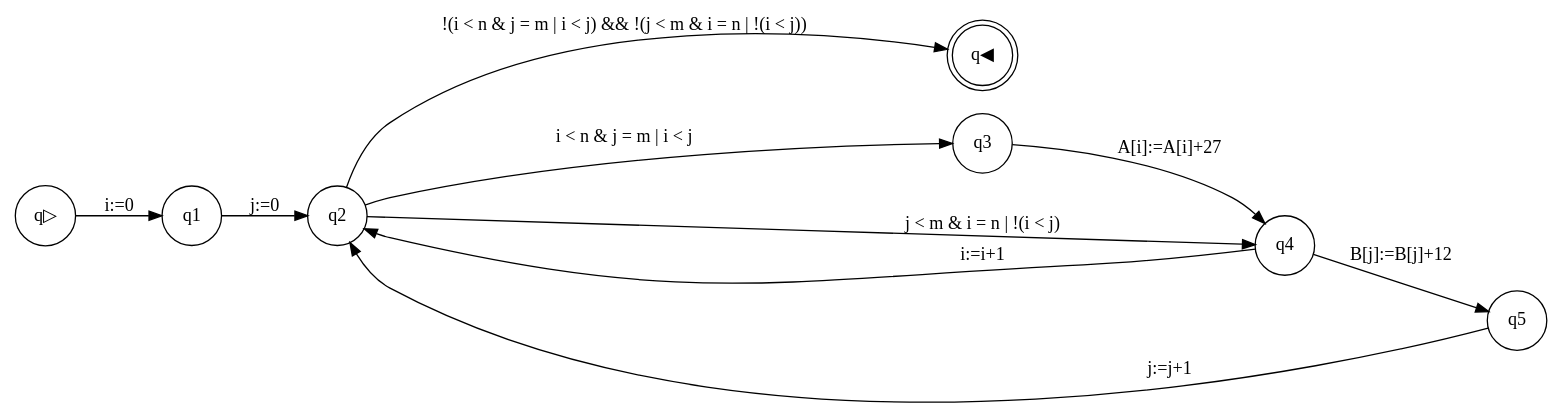
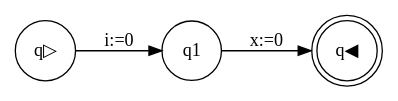
One commit to neluchetraru/GCL changed the diagram in graph.gv. Above: the diagram before and after it, drawn with Graphviz. The commit also changed 10 other files, not shown here.

```diff
--- a/graph.gv
+++ b/graph.gv
@@ -1,14 +1,7 @@
 digraph program_graph {rankdir=LR;
 node [shape = circle]; q▷;
 node [shape = doublecircle]; q◀;
 node [shape = circle]
-q1 -> q2 [label = "j:=0"];
-q2 -> q◀ [label = "!(i < n & j = m | i < j) && !(j < m & i = n | !(i < j))"];
-q2 -> q3 [label = "i < n & j = m | i < j"];
-q2 -> q4 [label = "j < m & i = n | !(i < j)"];
-q3 -> q4 [label = "A[i]:=A[i]+27"];
-q4 -> q5 [label = "B[j]:=B[j]+12"];
-q4 -> q2 [label = "i:=i+1"];
-q5 -> q2 [label = "j:=j+1"];
+q1 -> q◀ [label = "x:=0"];
 q▷ -> q1 [label = "i:=0"];
 }
```
